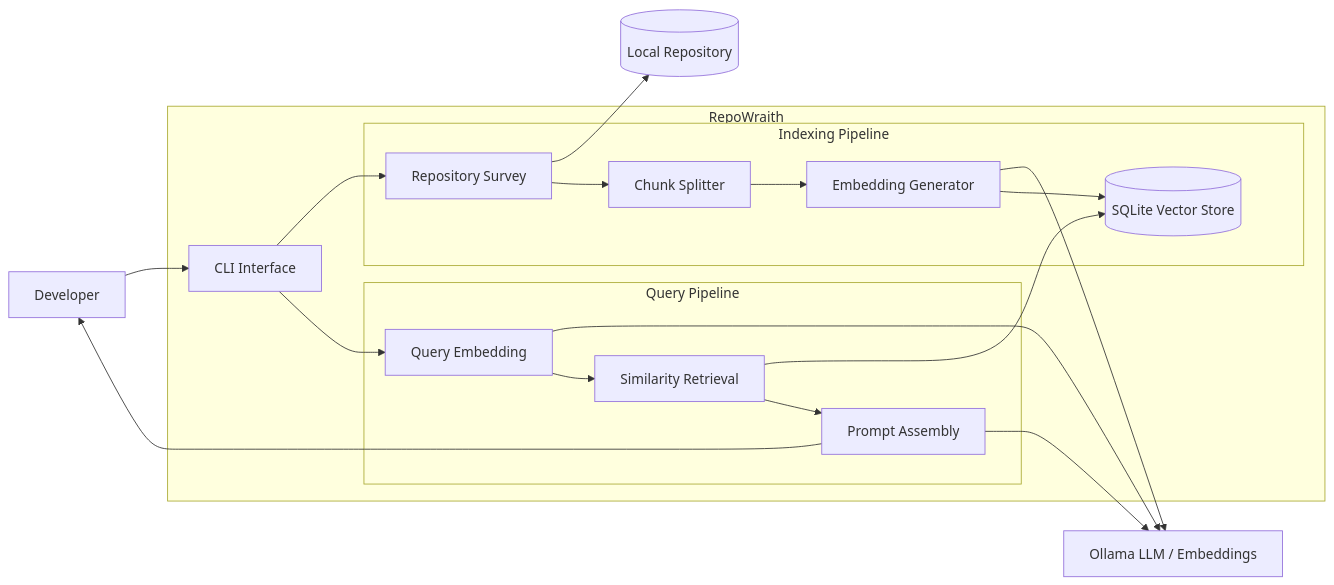
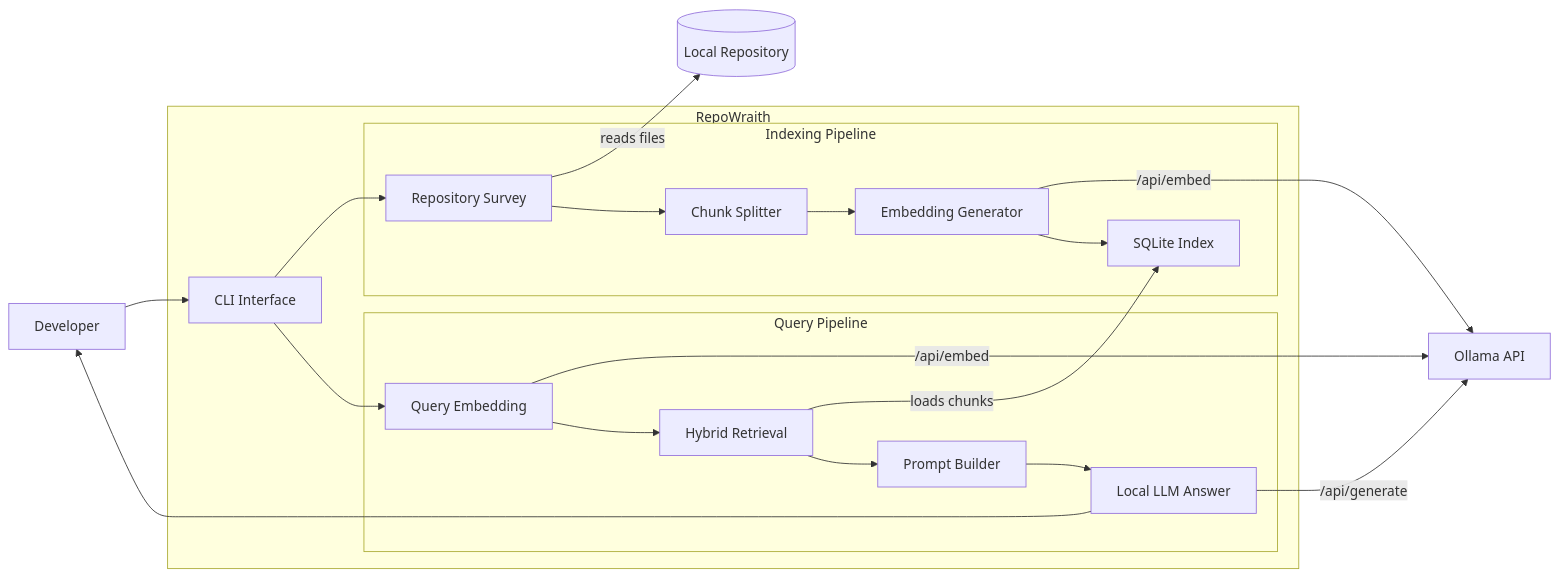
One commit to LisaS7/RepoWraith changed the diagram in docs/4_architecture.md. Above: the diagram before and after it, drawn with Mermaid. The commit also changed other lines of this file and 2 other files, not shown here.

Commit message:
Improving documentation

````diff
--- a/docs/4_architecture.md
+++ b/docs/4_architecture.md
@@ -7,43 +8,45 @@
 ```mermaid
 flowchart LR
 
     dev[Developer]
 
     subgraph RepoWraith
         cli[CLI Interface]
 
         subgraph Indexing Pipeline
             survey[Repository Survey]
             split[Chunk Splitter]
             embed[Embedding Generator]
-            store[(SQLite Vector Store)]
+            store[SQLite Index]
         end
 
         subgraph Query Pipeline
             qembed[Query Embedding]
-            retrieve[Similarity Retrieval]
-            prompt[Prompt Assembly]
+            retrieve[Hybrid Retrieval]
+            prompt[Prompt Builder]
+            llmstep[Local LLM Answer]
         end
     end
 
     repo[(Local Repository)]
-    ollama[Ollama LLM / Embeddings]
+    ollama[Ollama API]
 
     dev --> cli
 
     cli --> survey
-    survey --> repo
+    survey -->|reads files| repo
 
     survey --> split
     split --> embed
-    embed --> ollama
+    embed -->|/api/embed| ollama
     embed --> store
 
     cli --> qembed
-    qembed --> ollama
+    qembed -->|/api/embed| ollama
     qembed --> retrieve
-    retrieve --> store
+    retrieve -->|loads chunks| store
     retrieve --> prompt
-    prompt --> ollama
-    prompt --> dev
+    prompt --> llmstep
+    llmstep -->|/api/generate| ollama
+    llmstep --> dev
 ```
````
